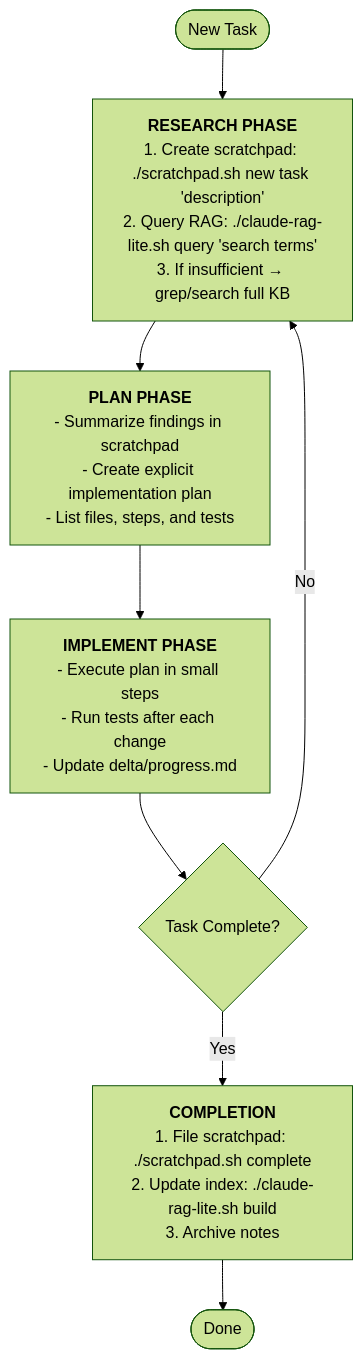
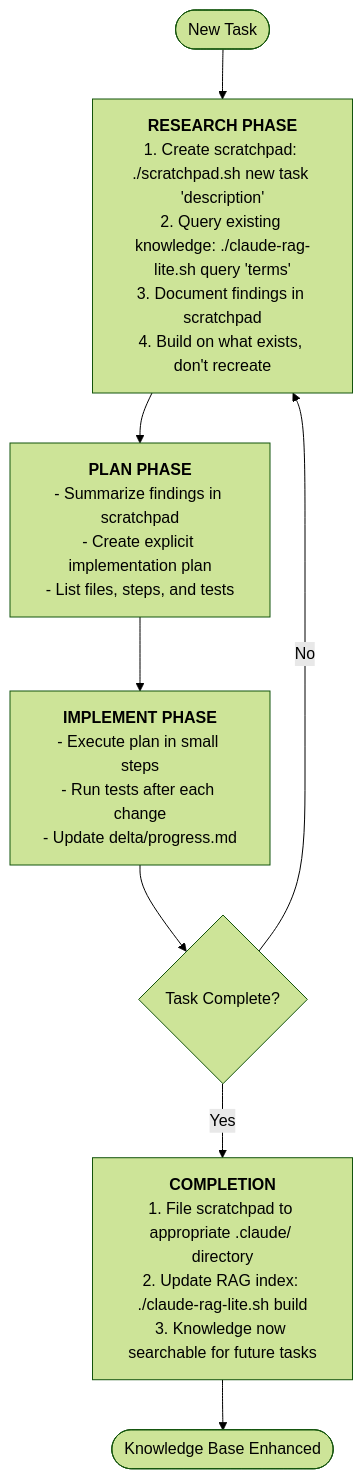
One commit to alchemiststudiosDOTai/llm-agent-tools changed the diagram in README.md. Above: the diagram before and after it, drawn with Mermaid (forest theme). The commit also changed other lines of this file and 3 other files, not shown here.

````diff
--- a/README.md
+++ b/README.md
@@ -83,31 +86,32 @@
 ```mermaid
 flowchart TD
     Start([New Task]) --> Research
     
     Research["`**RESEARCH PHASE**
     1. Create scratchpad: ./scratchpad.sh new task 'description'
-    2. Query RAG: ./claude-rag-lite.sh query 'search terms'
-    3. If insufficient → grep/search full KB`"]
+    2. Query existing knowledge: ./claude-rag-lite.sh query 'terms'
+    3. Document findings in scratchpad
+    4. Build on what exists, don't recreate`"]
     --> Plan
     
     Plan["`**PLAN PHASE**
     - Summarize findings in scratchpad
     - Create explicit implementation plan
     - List files, steps, and tests`"]
     --> Implement
     
     Implement["`**IMPLEMENT PHASE**
     - Execute plan in small steps
     - Run tests after each change
     - Update delta/progress.md`"]
     --> Review{Task Complete?}
     
     Review -->|No| Research
     Review -->|Yes| Complete
     
     Complete["`**COMPLETION**
-    1. File scratchpad: ./scratchpad.sh complete
-    2. Update index: ./claude-rag-lite.sh build
-    3. Archive notes`"]
-    --> End([Done])
+    1. File scratchpad to appropriate .claude/ directory
+    2. Update RAG index: ./claude-rag-lite.sh build
+    3. Knowledge now searchable for future tasks`"]
+    --> End([Knowledge Base Enhanced])
 ```
````
